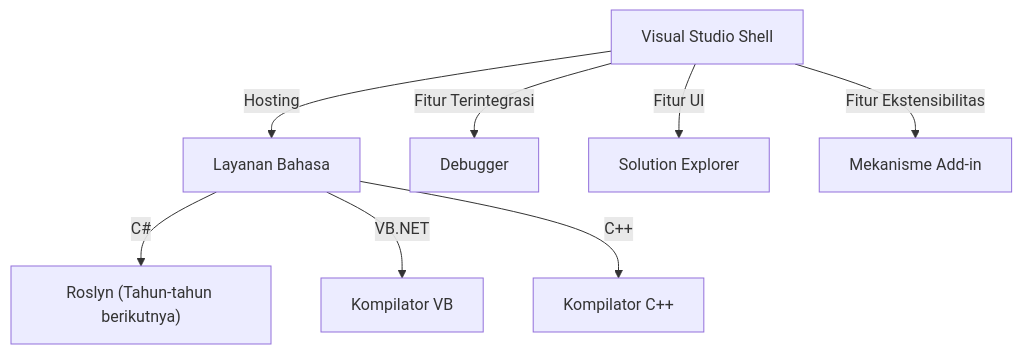
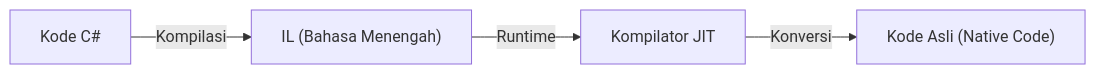
One commit to kenjinote/blog changed the second of 2 diagrams in content/post/history-of-visual-studio/index.id.md. Above: the diagram before and after it, drawn with Mermaid. The commit also changed other lines of this file and 129 other files, not shown here.

````diff
--- a/content/post/history-of-visual-studio/index.id.md
+++ b/content/post/history-of-visual-studio/index.id.md
@@ -85,11 +51,6 @@
 ```mermaid
-graph TD
-    A["Visual Studio Shell"] -- "Hosting" --> B["Layanan Bahasa"]
-    B -- "C#" --> C["Roslyn (Tahun-tahun berikutnya)"]
-    B -- "VB.NET" --> D["Kompilator VB"]
-    B -- "C++" --> E["Kompilator C++"]
-    
-    A -- "Fitur Terintegrasi" --> F["Debugger"]
-    A -- "Fitur UI" --> G["Solution Explorer"]
-    A -- "Fitur Ekstensibilitas" --> H["Mekanisme Add-in"]
+graph LR
+    A["Kode C#"] -- "Kompilasi" --> B["IL (Bahasa Menengah)"]
+    B -- "Runtime" --> C["Kompilator JIT"]
+    C -- "Konversi" --> D["Kode Asli (Native Code)"]
 ```
````
